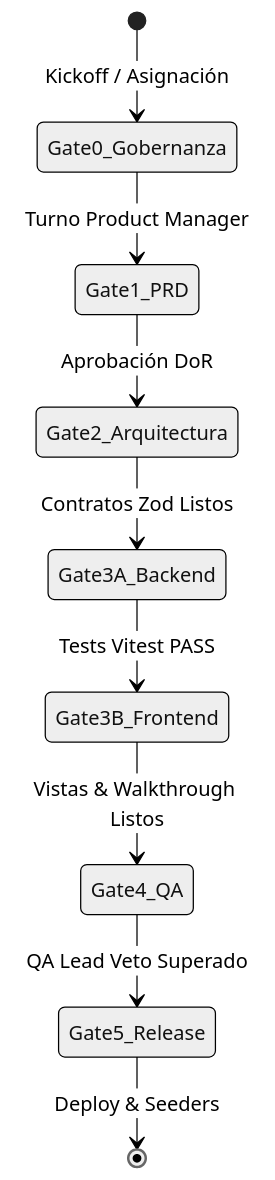
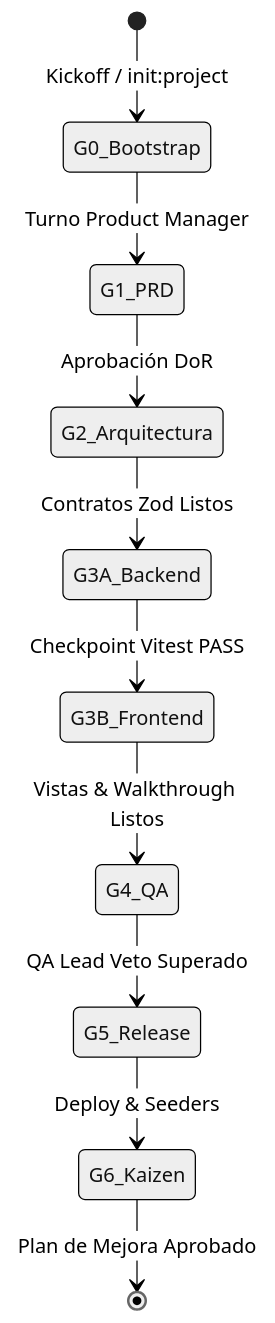
The diagram in docs/VERSION_MATRIX.md (DanExl24/multiagent-sdlc-starter), drawn with Mermaid (neutral theme) before and after one commit. The commit also changed other lines of this file and 35 other files, not shown here.

````diff
--- a/docs/VERSION_MATRIX.md
+++ b/docs/VERSION_MATRIX.md
@@ -21,11 +21,12 @@
 ```mermaid
 stateDiagram-v2
-    [*] --> Gate0_Gobernanza: Kickoff / Asignación
-    Gate0_Gobernanza --> Gate1_PRD: Turno Product Manager
-    Gate1_PRD --> Gate2_Arquitectura: Aprobación DoR
-    Gate2_Arquitectura --> Gate3A_Backend: Contratos Zod Listos
-    Gate3A_Backend --> Gate3B_Frontend: Tests Vitest PASS
-    Gate3B_Frontend --> Gate4_QA: Vistas & Walkthrough Listos
-    Gate4_QA --> Gate5_Release: QA Lead Veto Superado
-    Gate5_Release --> [*]: Deploy & Seeders
+    [*] --> G0_Bootstrap: Kickoff / init:project
+    G0_Bootstrap --> G1_PRD: Turno Product Manager
+    G1_PRD --> G2_Arquitectura: Aprobación DoR
+    G2_Arquitectura --> G3A_Backend: Contratos Zod Listos
+    G3A_Backend --> G3B_Frontend: Checkpoint Vitest PASS
+    G3B_Frontend --> G4_QA: Vistas & Walkthrough Listos
+    G4_QA --> G5_Release: QA Lead Veto Superado
+    G5_Release --> G6_Kaizen: Deploy & Seeders
+    G6_Kaizen --> [*]: Plan de Mejora Aprobado
 ```
````
